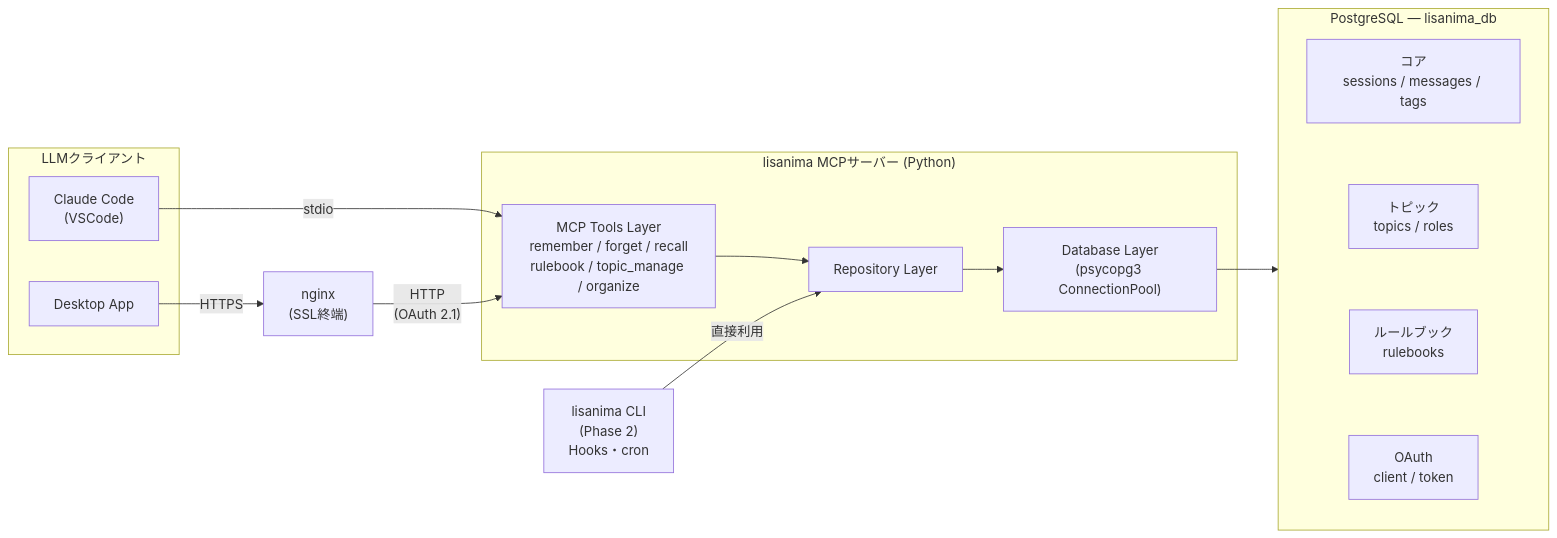
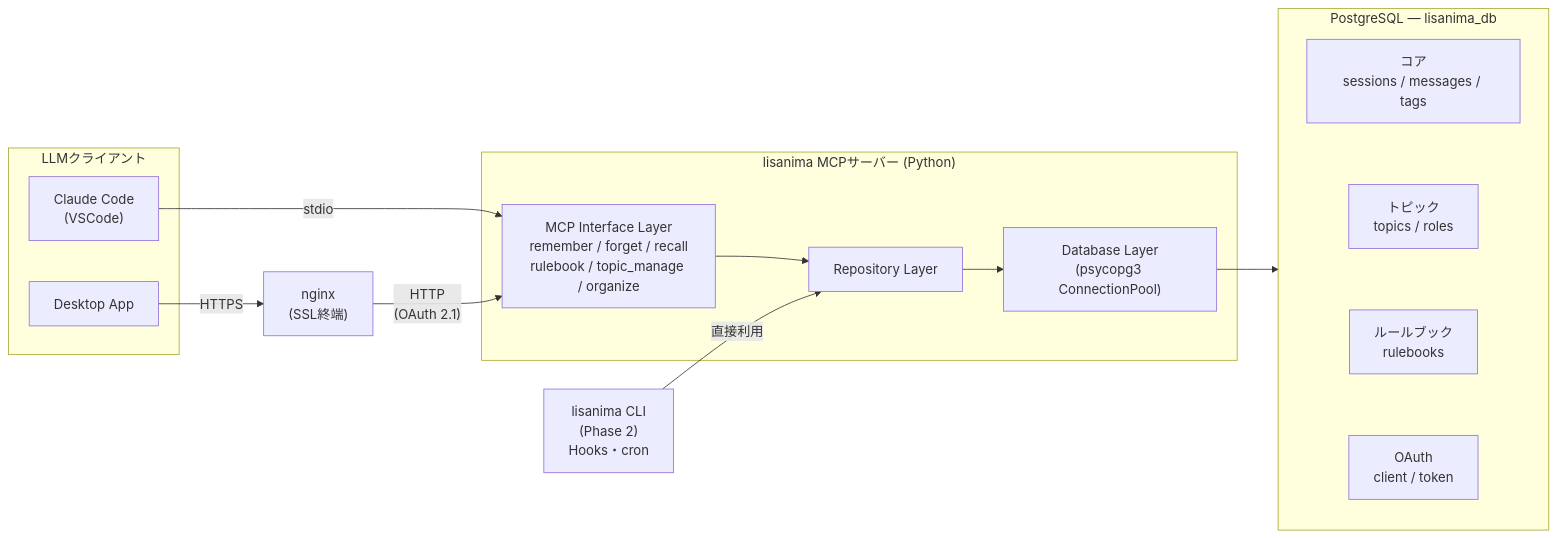
One commit to natosepia/lisanima changed the diagram in docs/02_architecture.md. Above: the diagram before and after it, drawn with Mermaid. The commit also changed other lines of this file and 10 other files, not shown here.

````diff
--- a/docs/02_architecture.md
+++ b/docs/02_architecture.md
@@ -5,36 +5,36 @@
 ```mermaid
 flowchart LR
     %% ===== クライアント層 =====
     subgraph clients ["LLMクライアント"]
         cc["Claude Code<br/>(VSCode)"]
         da["Desktop App"]
     end
 
     %% ===== 接続経路 =====
     cc -- "stdio" --> tools
     da -- "HTTPS" --> nginx
     nginx["nginx<br/>(SSL終端)"] -- "HTTP<br/>(OAuth 2.1)" --> tools
 
     %% ===== lisanima サーバー =====
     subgraph server ["lisanima MCPサーバー (Python)"]
-        tools["MCP Tools Layer<br/>remember / forget / recall<br/>rulebook / topic_manage / organize"]
+        tools["MCP Interface Layer<br/>remember / forget / recall<br/>rulebook / topic_manage / organize"]
         repo["Repository Layer"]
         db["Database Layer<br/>(psycopg3 ConnectionPool)"]
         tools --> repo --> db
     end
 
     %% ===== lisanima CLI (Phase 2) =====
     cli["lisanima CLI<br/>(Phase 2)<br/>Hooks・cron"] -- "直接利用" --> repo
 
     %% ===== PostgreSQL =====
     subgraph pg ["PostgreSQL — lisanima_db"]
         direction TB
         pg_core["コア<br/>sessions / messages / tags"]
         pg_topic["トピック<br/>topics / roles"]
         pg_rule["ルールブック<br/>rulebooks"]
         pg_oauth["OAuth<br/>client / token"]
         pg_core ~~~ pg_topic ~~~ pg_rule ~~~ pg_oauth
     end
 
     db --> pg
 ```
````
